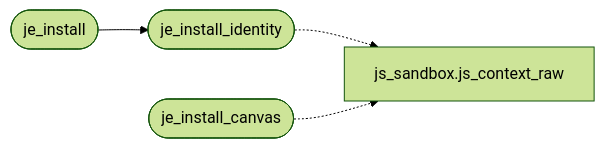
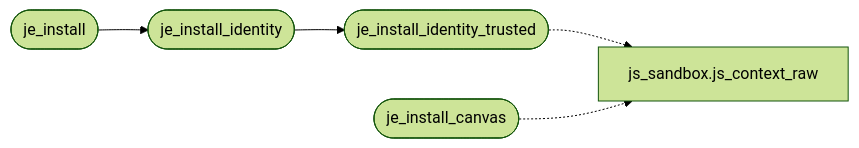
One commit to grisuno/FreeDom changed the diagram in readmenator-apidocs/modules/src.js_env.c.md. Above: the diagram before and after it, drawn with Mermaid (forest theme). The commit also changed other lines of this file and 279 other files, not shown here.

````diff
--- a/readmenator-apidocs/modules/src.js_env.c.md
+++ b/readmenator-apidocs/modules/src.js_env.c.md
@@ -14,10 +14,12 @@
 ```mermaid
 flowchart LR
     n_src_js_env_c__je_install(["je_install"])
     n_src_js_env_c__je_install_identity(["je_install_identity"])
+    n_src_js_env_c__je_install_identity_trusted(["je_install_identity_trusted"])
     n_src_js_sandbox_c__js_context_raw["js_sandbox.js_context_raw"]
     n_src_js_env_c__je_install_canvas(["je_install_canvas"])
     n_src_js_env_c__je_install --> n_src_js_env_c__je_install_identity
-    n_src_js_env_c__je_install_identity -.-> n_src_js_sandbox_c__js_context_raw
+    n_src_js_env_c__je_install_identity --> n_src_js_env_c__je_install_identity_trusted
+    n_src_js_env_c__je_install_identity_trusted -.-> n_src_js_sandbox_c__js_context_raw
     n_src_js_env_c__je_install_canvas -.-> n_src_js_sandbox_c__js_context_raw
 ```
````
